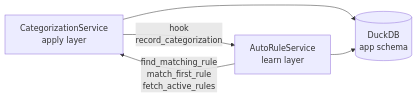
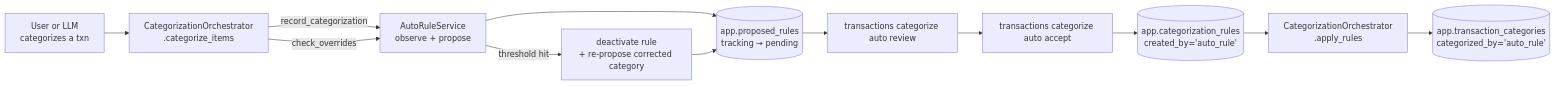
Before and after one commit to bsaffel/moneybin: the first of 4 diagrams in docs/tech/auto-rule-pipeline.md, drawn with Mermaid. The commit also changed other lines of this file and 33 other files, not shown here.

````diff
--- a/docs/tech/auto-rule-pipeline.md
+++ b/docs/tech/auto-rule-pipeline.md
@@ -9,7 +14,14 @@
 ```mermaid
 flowchart LR
-    CS[CategorizationService<br/>apply layer] -->|hook<br/>record_categorization| AR[AutoRuleService<br/>learn layer]
-    AR -->|find_matching_rule<br/>match_first_rule<br/>fetch_active_rules| CS
-    CS --> DB[(DuckDB<br/>app schema)]
-    AR --> DB
+    user[User or LLM<br/>categorizes a txn] --> orch[CategorizationOrchestrator<br/>.categorize_items]
+    orch -->|record_categorization| obs[AutoRuleService<br/>observe + propose]
+    obs --> staged[(app.proposed_rules<br/>tracking → pending)]
+    staged --> cli[transactions categorize auto review]
+    cli --> accept[transactions categorize auto accept]
+    accept --> rule[(app.categorization_rules<br/>created_by='auto_rule')]
+    rule --> apply[CategorizationOrchestrator<br/>.apply_rules]
+    apply --> txn[(app.transaction_categories<br/>categorized_by='auto_rule')]
+    orch -->|check_overrides| obs
+    obs -->|threshold hit| deact[deactivate rule<br/>+ re-propose corrected category]
+    deact --> staged
 ```
````
